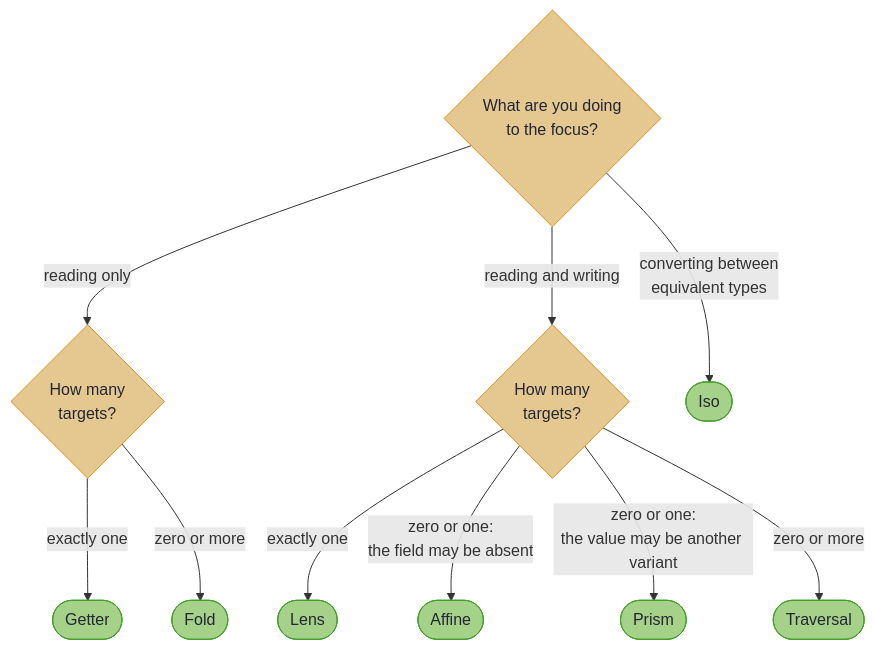
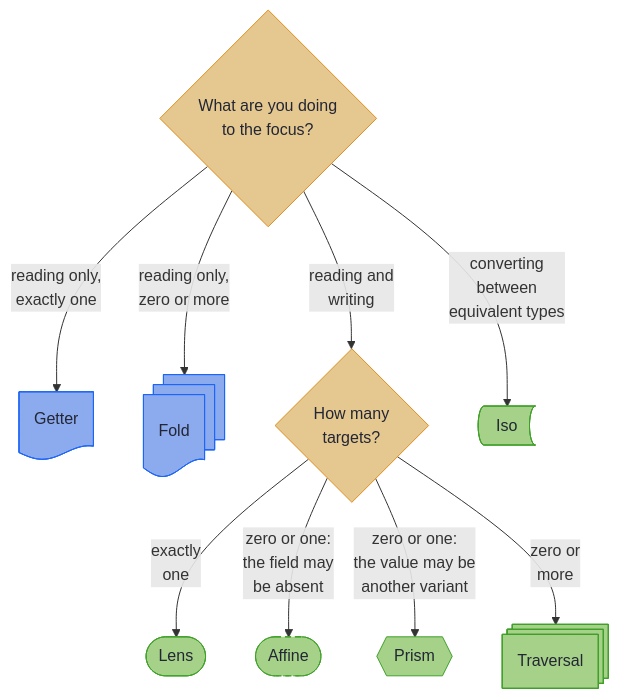
The first of 4 diagrams in latest/optics/decision_trees.md (higher-kinded-j/higher-kinded-j.github.io), drawn with Mermaid before and after one commit. The commit also changed other lines of this file and 55 other files, not shown here.

````diff
--- a/latest/optics/decision_trees.md
+++ b/latest/optics/decision_trees.md
@@ -11,22 +11,24 @@
 ```mermaid
 flowchart TD
     accTitle: Which optic do I need?
     accDescr: Reading only, exactly one target, is a Getter; reading only, zero or more, a Fold. Reading and writing exactly one target is a Lens; zero or one where the field may be absent, an Affine; zero or one where the value may be another variant, a Prism; zero or more, a Traversal. Converting between equivalent types is an Iso.
     Q{"What are you doing<br/>to the focus?"}
-    Q -->|"reading only"| R{"How many<br/>targets?"}
-    Q -->|"reading and writing"| M{"How many<br/>targets?"}
-    Q -->|"converting between<br/>equivalent types"| I(["Iso"])
+    Q -->|"reading only,<br/>exactly one"| G@{ shape: doc, label: "Getter" }
+    Q -->|"reading only,<br/>zero or more"| F@{ shape: docs, label: "Fold" }
+    Q -->|"reading and<br/>writing"| M{"How many<br/>targets?"}
+    Q -->|"converting<br/>between<br/>equivalent types"| I@{ shape: bow-rect, label: "Iso" }
 
-    R -->|"exactly one"| G(["Getter"])
-    R -->|"zero or more"| F(["Fold"])
-
-    M -->|"exactly one"| L(["Lens"])
-    M -->|"zero or one:<br/>the field may be absent"| A(["Affine"])
-    M -->|"zero or one:<br/>the value may be another variant"| P(["Prism"])
-    M -->|"zero or more"| T(["Traversal"])
+    M -->|"exactly<br/>one"| L(["Lens"])
+    M -->|"zero or one:<br/>the field may<br/>be absent"| A(["Affine"])
+    M -->|"zero or one:<br/>the value may be<br/>another variant"| P@{ shape: hex, label: "Prism" }
+    M -->|"zero or<br/>more"| T@{ shape: st-rect, label: "Traversal" }
 
     classDef decision fill:#e5c890,stroke:#df8e1d,color:#232634
-    classDef tier fill:#a6d189,stroke:#40a02b,color:#232634
-    class Q,R,M decision
-    class I,G,F,L,A,P,T tier
+    classDef rw fill:#a6d189,stroke:#40a02b,color:#232634
+    classDef maybe fill:#a6d189,stroke:#40a02b,color:#232634,stroke-dasharray:6 4
+    classDef ro fill:#8caaee,stroke:#1e66f5,color:#232634
+    class Q,M decision
+    class I,L,P,T rw
+    class A maybe
+    class G,F ro
 ```
````
